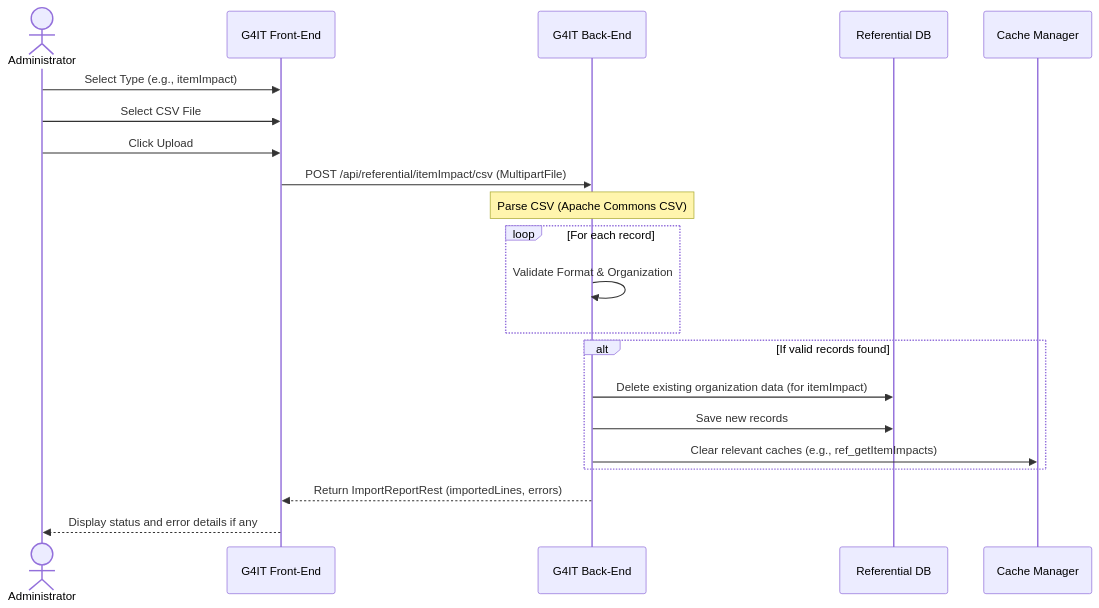
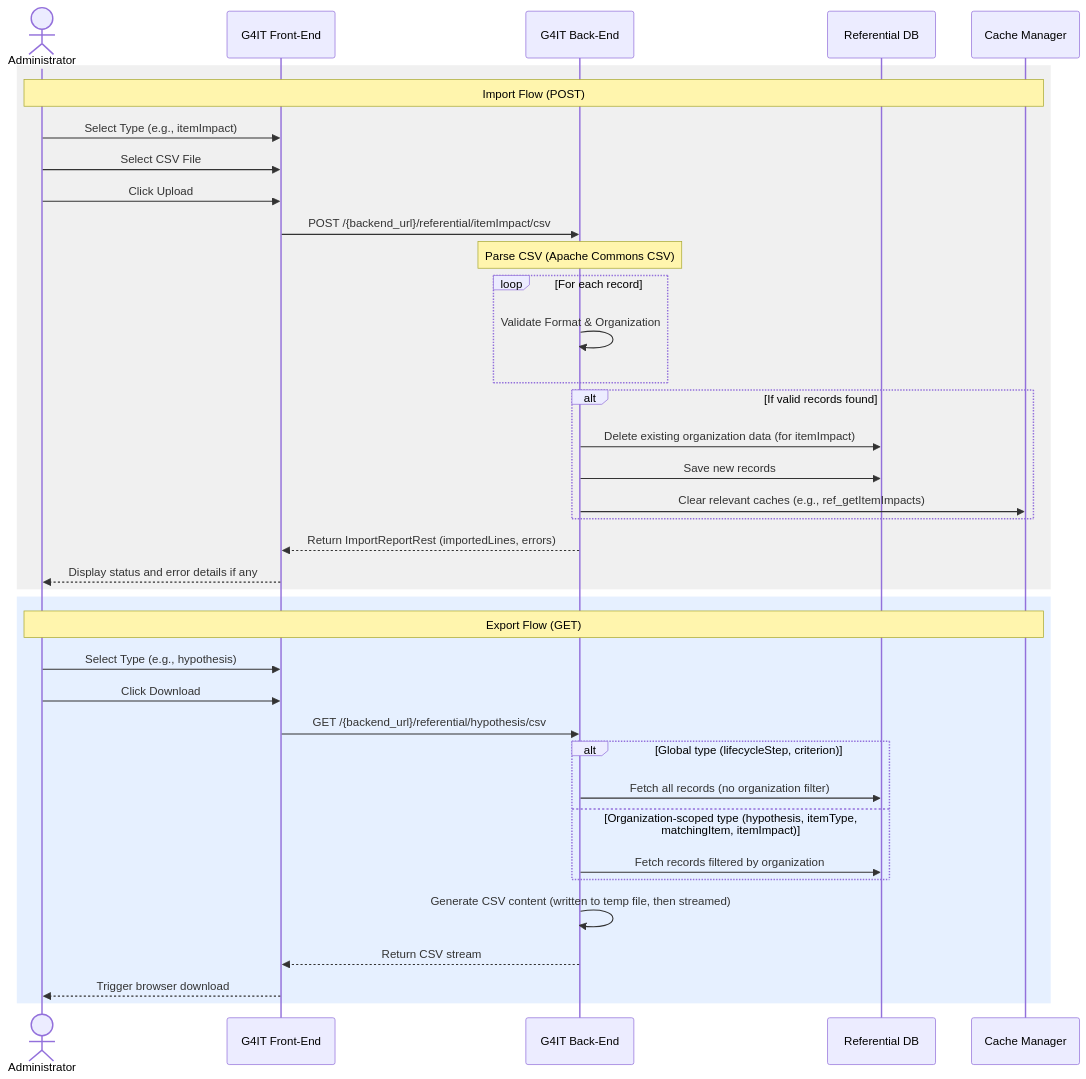
Before and after one commit to teamg4it/g4it: the second of 2 diagrams in services/documentation/content/2-functional-documentation/use_cases/uc_administration/uc_administration_update_referential/uc1_import_referential.md, drawn with Mermaid. The commit also changed other lines of this file and 1 other file, not shown here.

Commit message:
feat(documentation): update referential data import/export use case and API endpoint details

```diff
--- a/services/documentation/content/2-functional-documentation/use_cases/uc_administration/uc_administration_update_referential/uc1_import_referential.md
+++ b/services/documentation/content/2-functional-documentation/use_cases/uc_administration/uc_administration_update_referential/uc1_import_referential.md
@@ -60,25 +63,43 @@
 {{< mermaid >}}
 sequenceDiagram
 actor Admin as Administrator
 participant Front as G4IT Front-End
 participant Back as G4IT Back-End
 participant DB as Referential DB
 participant Cache as Cache Manager
 
+    rect rgb(240, 240, 240)
+    Note over Admin, Cache: Import Flow (POST)
     Admin->>Front: Select Type (e.g., itemImpact)
     Admin->>Front: Select CSV File
     Admin->>Front: Click Upload
-    Front->>Back: POST /api/referential/itemImpact/csv (MultipartFile)
+    Front->>Back: POST /{backend_url}/referential/itemImpact/csv
     Note over Back: Parse CSV (Apache Commons CSV)
     loop For each record
         Back->>Back: Validate Format & Organization
     end
     alt If valid records found
         Back->>DB: Delete existing organization data (for itemImpact)
         Back->>DB: Save new records
         Back->>Cache: Clear relevant caches (e.g., ref_getItemImpacts)
     end
     Back-->>Front: Return ImportReportRest (importedLines, errors)
     Front-->>Admin: Display status and error details if any
+    end
+
+    rect rgb(230, 240, 255)
+    Note over Admin, Cache: Export Flow (GET)
+    Admin->>Front: Select Type (e.g., hypothesis)
+    Admin->>Front: Click Download
+    Front->>Back: GET /{backend_url}/referential/hypothesis/csv
+    alt Global type (lifecycleStep, criterion)
+        Back->>DB: Fetch all records (no organization filter)
+    else Organization-scoped type (hypothesis, itemType, matchingItem, itemImpact)
+        Back->>DB: Fetch records filtered by organization
+    end
+    Back->>Back: Generate CSV content (written to temp file, then streamed)
+    Back-->>Front: Return CSV stream
+    Front-->>Admin: Trigger browser download
+    end
 
 {{< /mermaid >}}
```
